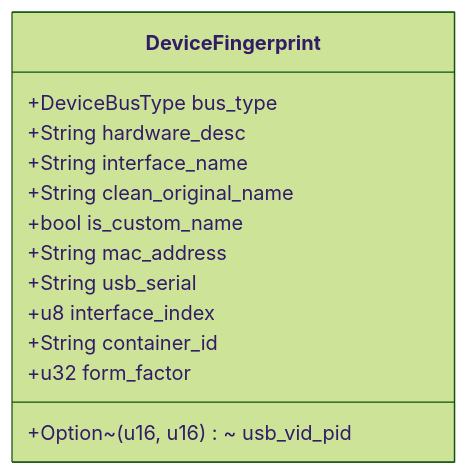
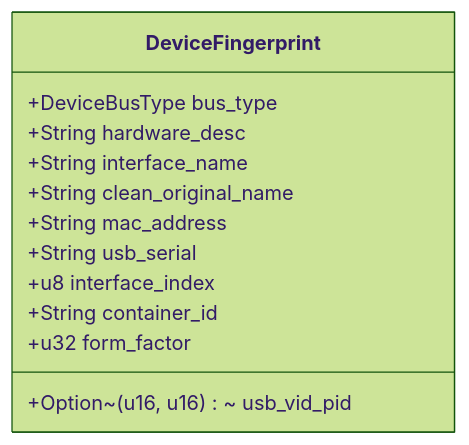
One commit to felipecrs/volume-locker changed the fourth of 8 diagrams in docs/device-id-migration.md. Above: the diagram before and after it, drawn with Mermaid (forest theme). The commit also changed other lines of this file and 7 other files, not shown here.

````diff
--- a/docs/device-id-migration.md
+++ b/docs/device-id-migration.md
@@ -101,16 +100,15 @@
 ```mermaid
 classDiagram
     class DeviceFingerprint {
         +DeviceBusType bus_type
         +String hardware_desc
         +String interface_name
         +String clean_original_name
-        +bool is_custom_name
         +String mac_address
         +Option~(u16, u16)~ usb_vid_pid
         +String usb_serial
         +u8 interface_index
         +String container_id
         +u32 form_factor
     }
 ```
````
